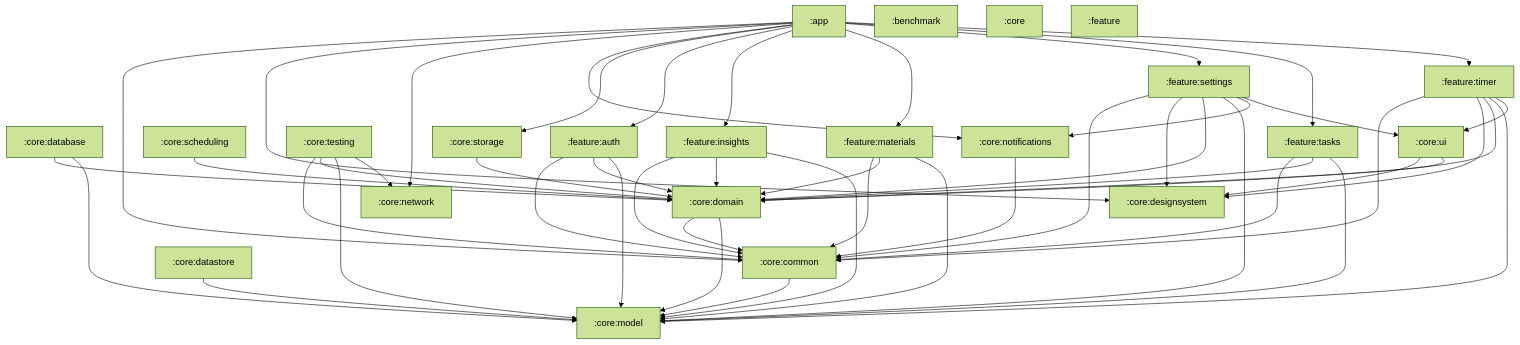
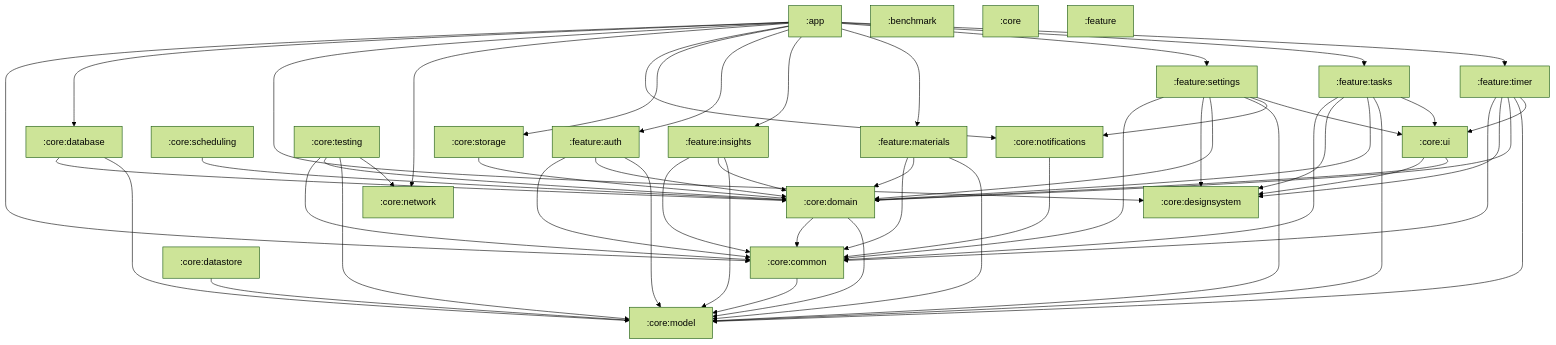
One commit to konarsubhojit/study-app changed the diagram in docs/module-graph.md. Above: the diagram before and after it, drawn with Mermaid (forest theme). The commit also changed 17 other files, not shown here.

````diff
--- a/docs/module-graph.md
+++ b/docs/module-graph.md
@@ -8,74 +8,77 @@
 ```mermaid
 graph TD
     app[":app"]
     benchmark[":benchmark"]
     core[":core"]
     core_common[":core:common"]
     core_database[":core:database"]
     core_datastore[":core:datastore"]
     core_designsystem[":core:designsystem"]
     core_domain[":core:domain"]
     core_model[":core:model"]
     core_network[":core:network"]
     core_notifications[":core:notifications"]
     core_scheduling[":core:scheduling"]
     core_storage[":core:storage"]
     core_testing[":core:testing"]
     core_ui[":core:ui"]
     feature[":feature"]
     feature_auth[":feature:auth"]
     feature_insights[":feature:insights"]
     feature_materials[":feature:materials"]
     feature_settings[":feature:settings"]
     feature_tasks[":feature:tasks"]
     feature_timer[":feature:timer"]
     app --> core_common
+    app --> core_database
     app --> core_designsystem
     app --> core_network
     app --> core_notifications
     app --> core_storage
     app --> feature_auth
     app --> feature_insights
     app --> feature_materials
     app --> feature_settings
     app --> feature_tasks
     app --> feature_timer
     core_common --> core_model
     core_database --> core_domain
     core_database --> core_model
     core_datastore --> core_model
     core_domain --> core_common
     core_domain --> core_model
     core_notifications --> core_common
     core_scheduling --> core_domain
     core_storage --> core_domain
     core_testing --> core_common
     core_testing --> core_domain
     core_testing --> core_model
     core_testing --> core_network
     core_ui --> core_designsystem
     core_ui --> core_domain
     feature_auth --> core_common
     feature_auth --> core_domain
     feature_auth --> core_model
     feature_insights --> core_common
     feature_insights --> core_domain
     feature_insights --> core_model
     feature_materials --> core_common
     feature_materials --> core_domain
     feature_materials --> core_model
     feature_settings --> core_common
     feature_settings --> core_designsystem
     feature_settings --> core_domain
     feature_settings --> core_model
     feature_settings --> core_notifications
     feature_settings --> core_ui
     feature_tasks --> core_common
+    feature_tasks --> core_designsystem
     feature_tasks --> core_domain
     feature_tasks --> core_model
+    feature_tasks --> core_ui
     feature_timer --> core_common
     feature_timer --> core_designsystem
     feature_timer --> core_domain
     feature_timer --> core_model
     feature_timer --> core_ui
 ```
````
